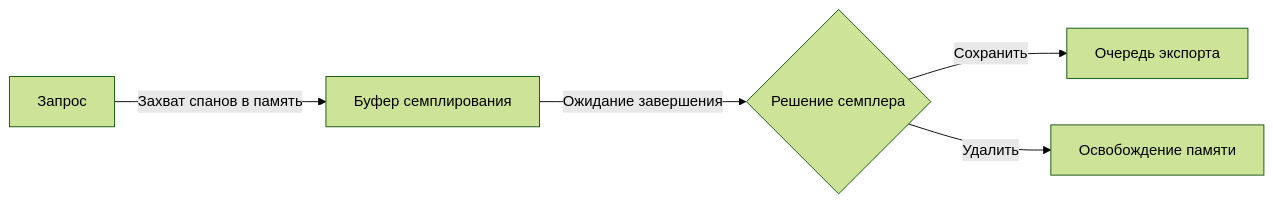
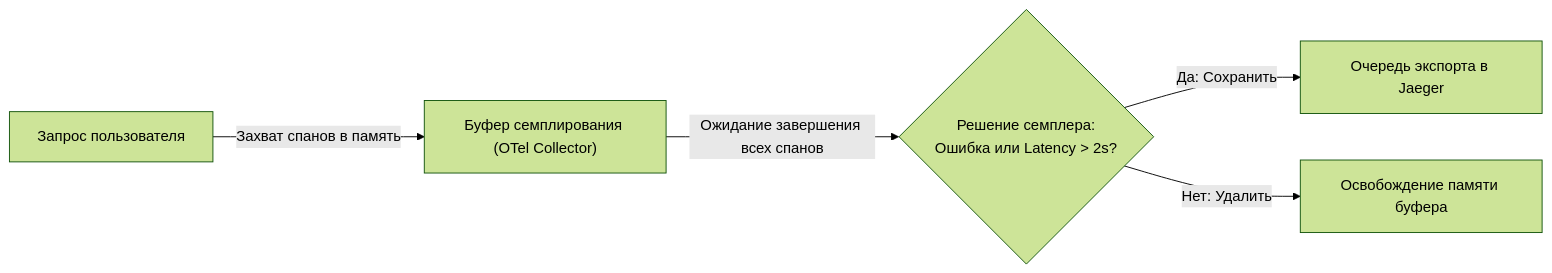
Before and after one commit to UnrealTemplier/go-textbook: the second of 2 diagrams in sources/14. Распределенные системы на Go/08. Практика/6. Distributed tracing.md, drawn with Mermaid (forest theme). The commit also changed other lines of this file, not shown here.

````diff
--- a/sources/14. Распределенные системы на Go/08. Практика/6. Distributed tracing.md
+++ b/sources/14. Распределенные системы на Go/08. Практика/6. Distributed tracing.md
@@ -97,7 +171,7 @@
 ```mermaid
 flowchart LR
-    A["Запрос"] -->|"Захват спанов в память"| B["Буфер семплирования"]
-    B -->|"Ожидание завершения"| C{"Решение семплера"}
-    C -->|"Сохранить"| D["Очередь экспорта"]
-    C -->|"Удалить"| E["Освобождение памяти"]
+    A["Запрос пользователя"] -->|"Захват спанов в память"| B["Буфер семплирования (OTel Collector)"]
+    B -->|"Ожидание завершения всех спанов"| C{"Решение семплера:\nОшибка или Latency > 2s?"}
+    C -->|"Да: Сохранить"| D["Очередь экспорта в Jaeger"]
+    C -->|"Нет: Удалить"| E["Освобождение памяти буфера"]
 ```
````
